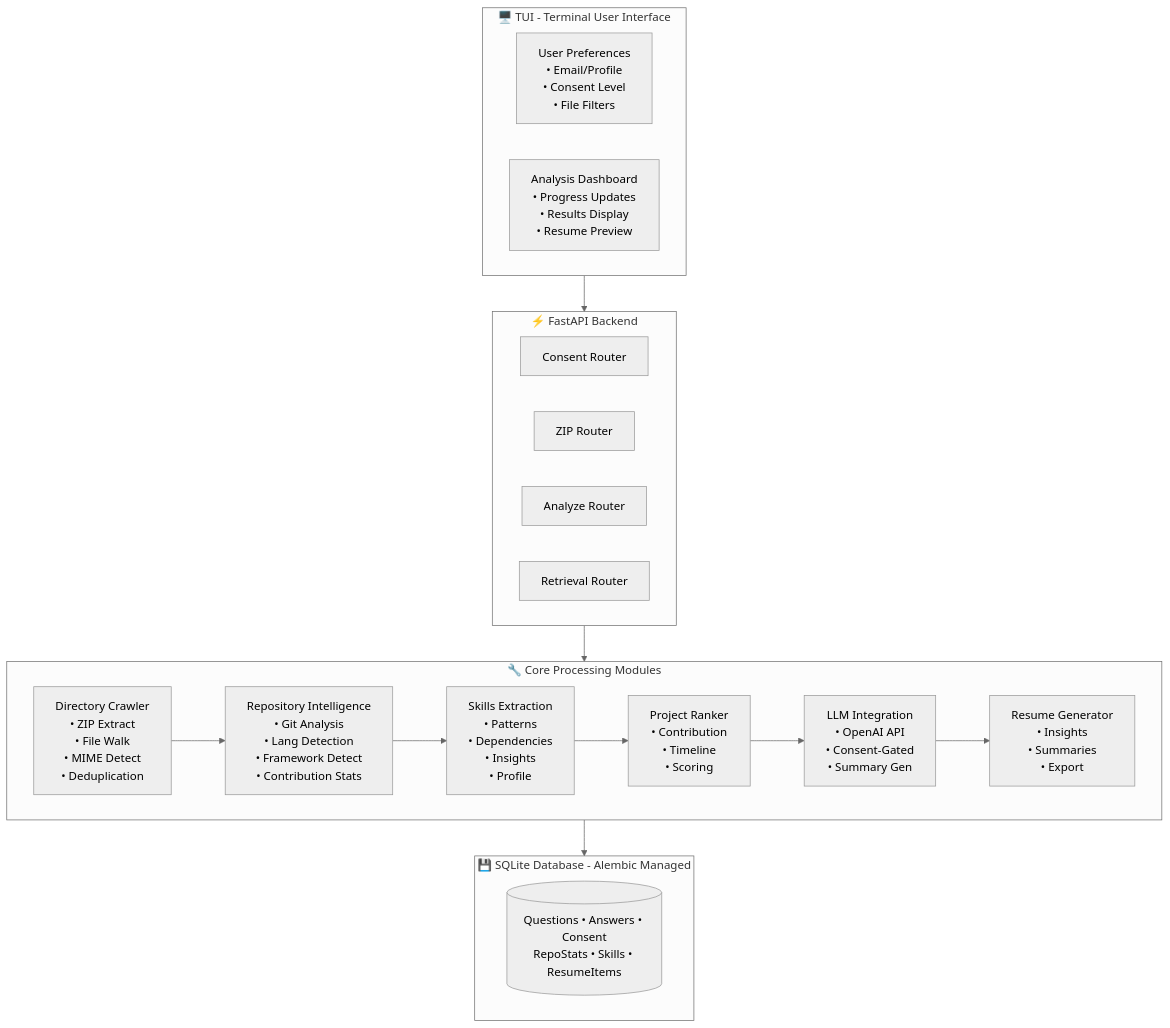
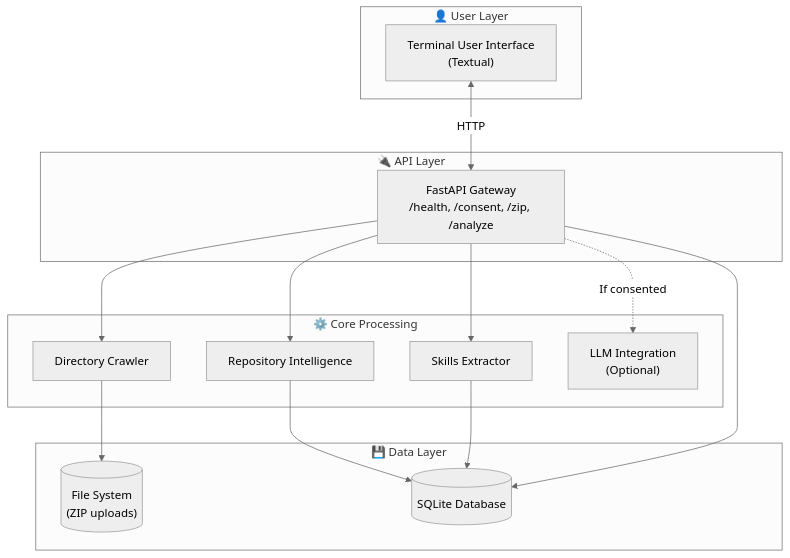
One commit to COSC-499-W2025/capstone-project-team-1 changed the first of 3 diagrams in README.md. Above: the diagram before and after it, drawn with Mermaid (neutral theme). The commit also changed other lines of this file, not shown here.

Commit message:
docs: replace image links with Mermaid diagrams for System Architecture and DFD

````diff
--- a/README.md
+++ b/README.md
@@ -121,33 +21,32 @@
 ```mermaid
 flowchart TB
-    subgraph TUI["🖥️ TUI - Terminal User Interface"]
-        UP["User Preferences\n• Email/Profile\n• Consent Level\n• File Filters"]
-        AD["Analysis Dashboard\n• Progress Updates\n• Results Display\n• Resume Preview"]
+    subgraph User["👤 User Layer"]
+        TUI["Terminal User Interface<br/>(Textual)"]
     end
 
-    subgraph API["⚡ FastAPI Backend"]
-        CR[Consent Router]
-        ZR[ZIP Router]
-        AR[Analyze Router]
-        RR[Retrieval Router]
+    subgraph API["🔌 API Layer"]
+        FastAPI["FastAPI Gateway<br/>/health, /consent, /zip, /analyze"]
     end
 
-    subgraph CORE["🔧 Core Processing Modules"]
-        DC["Directory Crawler\n• ZIP Extract\n• File Walk\n• MIME Detect\n• Deduplication"]
-        RI["Repository Intelligence\n• Git Analysis\n• Lang Detection\n• Framework Detect\n• Contribution Stats"]
-        SE["Skills Extraction\n• Patterns\n• Dependencies\n• Insights\n• Profile"]
-        PR["Project Ranker\n• Contribution\n• Timeline\n• Scoring"]
-        LLM["LLM Integration\n• OpenAI API\n• Consent-Gated\n• Summary Gen"]
-        RG["Resume Generator\n• Insights\n• Summaries\n• Export"]
+    subgraph Core["⚙️ Core Processing"]
+        Crawler["Directory Crawler"]
+        RepoIntel["Repository Intelligence"]
+        Skills["Skills Extractor"]
+        OpenAI["LLM Integration<br/>(Optional)"]
     end
 
-    subgraph DB["💾 SQLite Database - Alembic Managed"]
-        Tables[("Questions • Answers • Consent<br/>RepoStats • Skills • ResumeItems")]
+    subgraph Data["💾 Data Layer"]
+        SQLite[("SQLite Database")]
+        FileSystem[("File System<br/>(ZIP uploads)")]
     end
 
-    TUI --> API
-    API --> CORE
-    DC --> RI --> SE
-    SE --> PR --> LLM --> RG
-    CORE --> DB
+    TUI <-->|HTTP| FastAPI
+    FastAPI --> Crawler
+    FastAPI --> RepoIntel
+    FastAPI --> Skills
+    FastAPI -.->|If consented| OpenAI
+    Crawler --> FileSystem
+    RepoIntel --> SQLite
+    Skills --> SQLite
+    FastAPI --> SQLite
 ```
````
